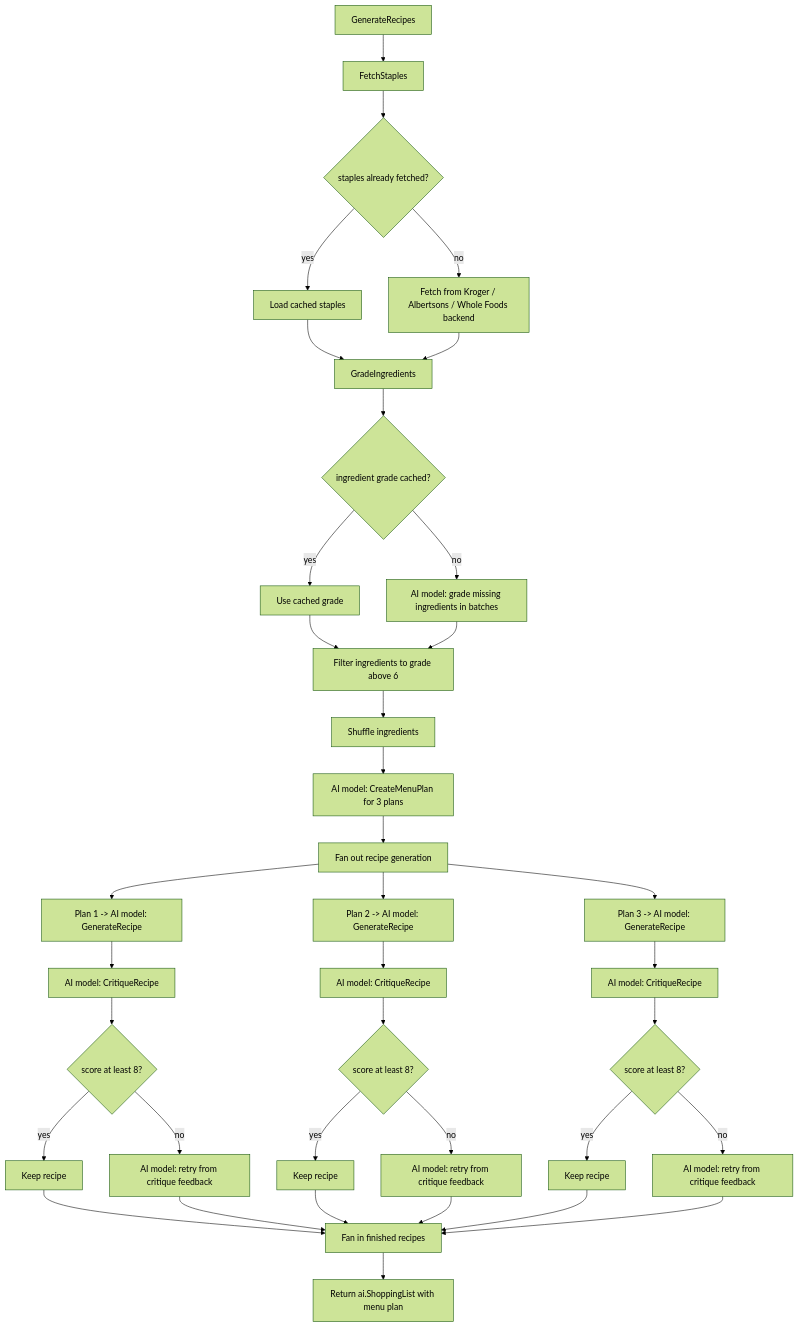
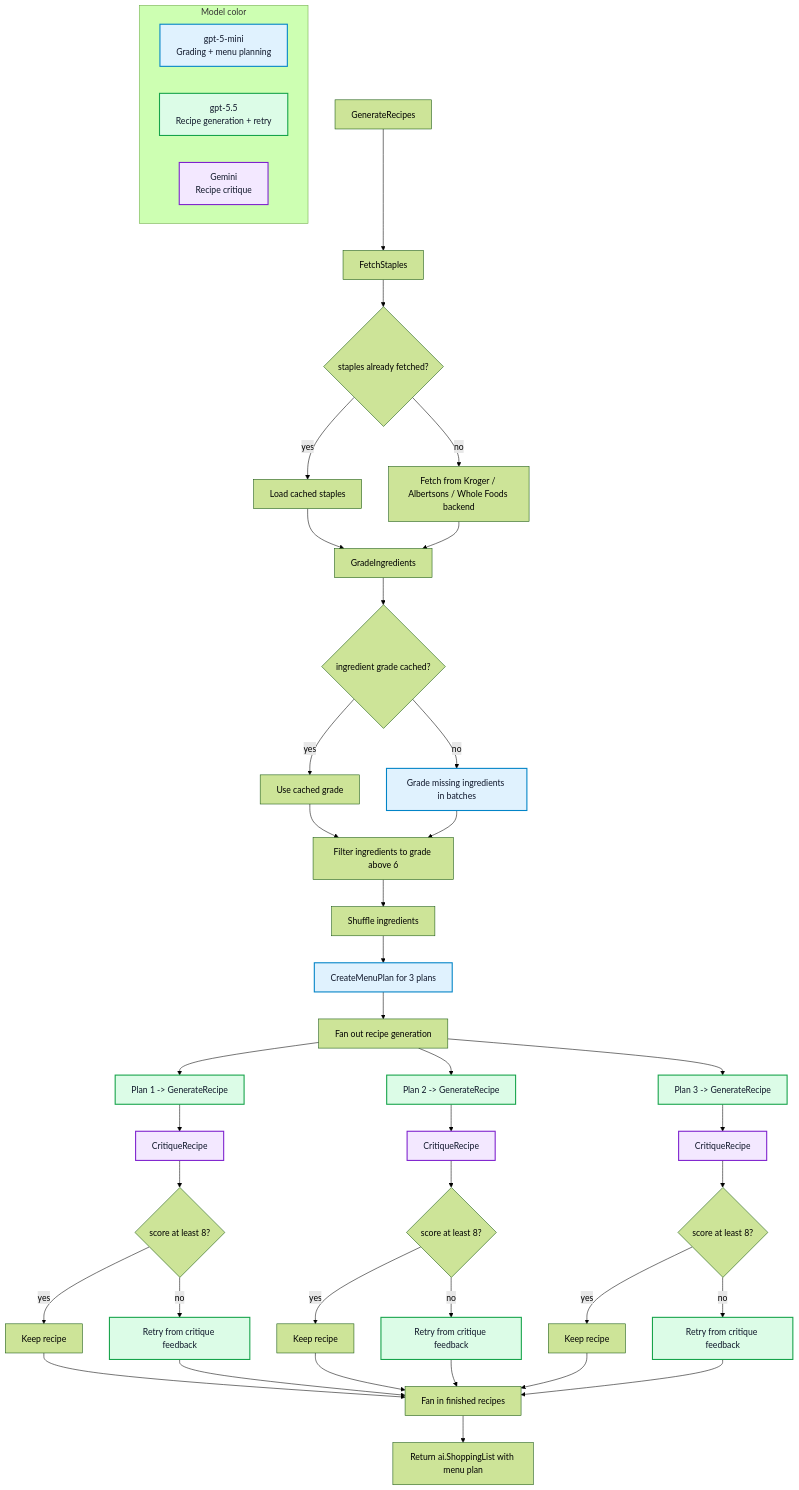
The diagram in docs/recipe-generation-walkthrough.md (paulgmiller/careme), drawn with Mermaid (forest theme) before and after one commit. The commit also changed other lines of this file, not shown here.

Commit message:
color code

````diff
--- a/docs/recipe-generation-walkthrough.md
+++ b/docs/recipe-generation-walkthrough.md
@@ -7,48 +7,62 @@
 ```mermaid
 flowchart TD
+    subgraph Legend["Model color"]
+        MiniLegend["gpt-5-mini<br/>Grading + menu planning"]
+        GPT5Legend["gpt-5.5<br/>Recipe generation + retry"]
+        GeminiLegend["Gemini<br/>Recipe critique"]
+    end
+
     A["GenerateRecipes"] --> B["FetchStaples"]
     B --> C{"staples already fetched?"}
     C -- "yes" --> D["Load cached staples"]
     C -- "no" --> E["Fetch from Kroger / Albertsons / Whole Foods backend"]
     E --> G["GradeIngredients"]
     D --> G
 
     G --> H{"ingredient grade cached?"}
     H -- "yes" --> I["Use cached grade"]
-    H -- "no" --> J["AI model: grade missing ingredients in batches"]
+    H -- "no" --> J["Grade missing ingredients in batches"]
     I --> L["Filter ingredients to grade above 6"]
     J --> L
 
     L --> M["Shuffle ingredients"]
-    M --> N["AI model: CreateMenuPlan for 3 plans"]
+    M --> N["CreateMenuPlan for 3 plans"]
     N --> O["Fan out recipe generation"]
 
-    O --> P1["Plan 1 -> AI model: GenerateRecipe"]
-    O --> P2["Plan 2 -> AI model: GenerateRecipe"]
-    O --> P3["Plan 3 -> AI model: GenerateRecipe"]
+    O --> P1["Plan 1 -> GenerateRecipe"]
+    O --> P2["Plan 2 -> GenerateRecipe"]
+    O --> P3["Plan 3 -> GenerateRecipe"]
 
-    P1 --> R1["AI model: CritiqueRecipe"]
-    P2 --> R2["AI model: CritiqueRecipe"]
-    P3 --> R3["AI model: CritiqueRecipe"]
+    P1 --> R1["CritiqueRecipe"]
+    P2 --> R2["CritiqueRecipe"]
+    P3 --> R3["CritiqueRecipe"]
 
     R1 --> S1{"score at least 8?"}
     R2 --> S2{"score at least 8?"}
     R3 --> S3{"score at least 8?"}
 
     S1 -- "yes" --> T1["Keep recipe"]
     S2 -- "yes" --> T2["Keep recipe"]
     S3 -- "yes" --> T3["Keep recipe"]
 
-    S1 -- "no" --> U1["AI model: retry from critique feedback"]
-    S2 -- "no" --> U2["AI model: retry from critique feedback"]
-    S3 -- "no" --> U3["AI model: retry from critique feedback"]
+    S1 -- "no" --> U1["Retry from critique feedback"]
+    S2 -- "no" --> U2["Retry from critique feedback"]
+    S3 -- "no" --> U3["Retry from critique feedback"]
 
     T1 --> W["Fan in finished recipes"]
     T2 --> W
     T3 --> W
     U1 --> W
     U2 --> W
     U3 --> W
 
     W --> X["Return ai.ShoppingList with menu plan"]
+
+    classDef mini fill:#e0f2fe,stroke:#0284c7,color:#0f172a,stroke-width:2px
+    classDef gpt5 fill:#dcfce7,stroke:#16a34a,color:#0f172a,stroke-width:2px
+    classDef gemini fill:#f3e8ff,stroke:#7e22ce,color:#0f172a,stroke-width:2px
+
+    class MiniLegend,J,N mini
+    class GPT5Legend,P1,P2,P3,U1,U2,U3 gpt5
+    class GeminiLegend,R1,R2,R3 gemini
 ```
````
